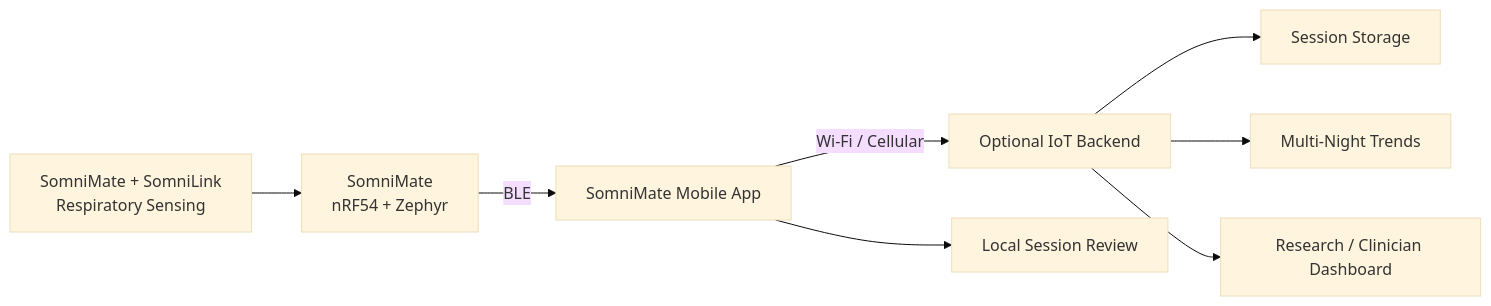
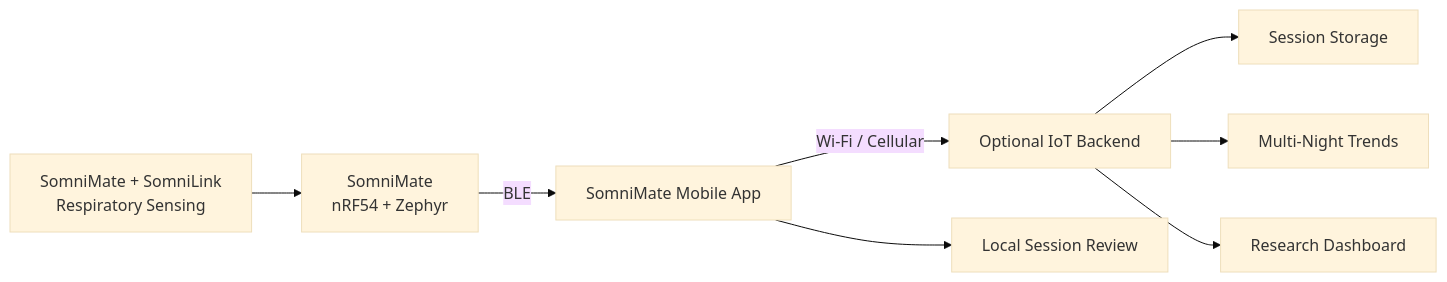
Before and after one commit to CDonohoe-Designs/SomniMate: the fifth of 5 diagrams in README.md, drawn with Mermaid (base theme). The commit also changed other lines of this file, not shown here.

Commit message:
Update Rev A schematic and connected-system status

````diff
--- a/README.md
+++ b/README.md
@@ -159,10 +161,10 @@
 ```mermaid
 flowchart LR
     A["SomniMate + SomniLink<br/>Respiratory Sensing"] --> B["SomniMate<br/>nRF54 + Zephyr"]
     B -->|"BLE"| C["SomniMate Mobile App"]
     C -->|"Wi-Fi / Cellular"| D["Optional IoT Backend"]
     C --> E["Local Session Review"]
     D --> F["Session Storage"]
     D --> G["Multi-Night Trends"]
-    D --> H["Research / Clinician Dashboard"]
+    D --> H["Research Dashboard"]
 ```
````
